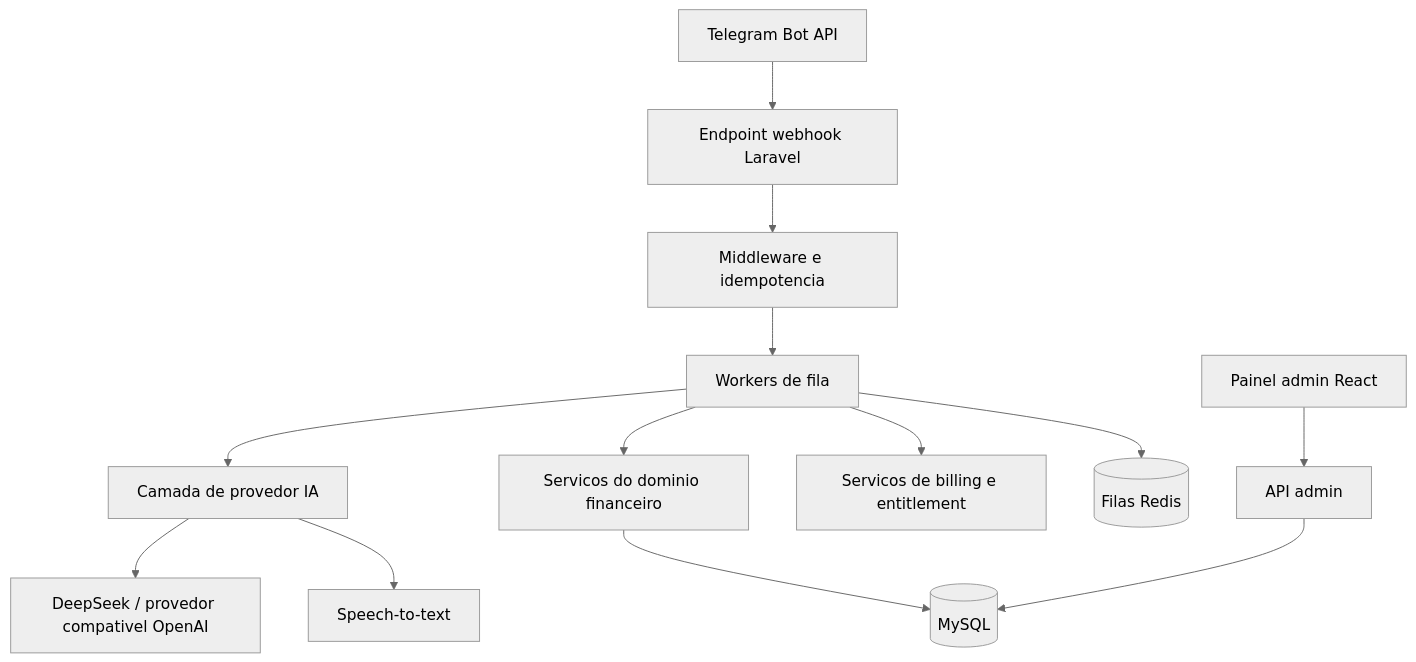
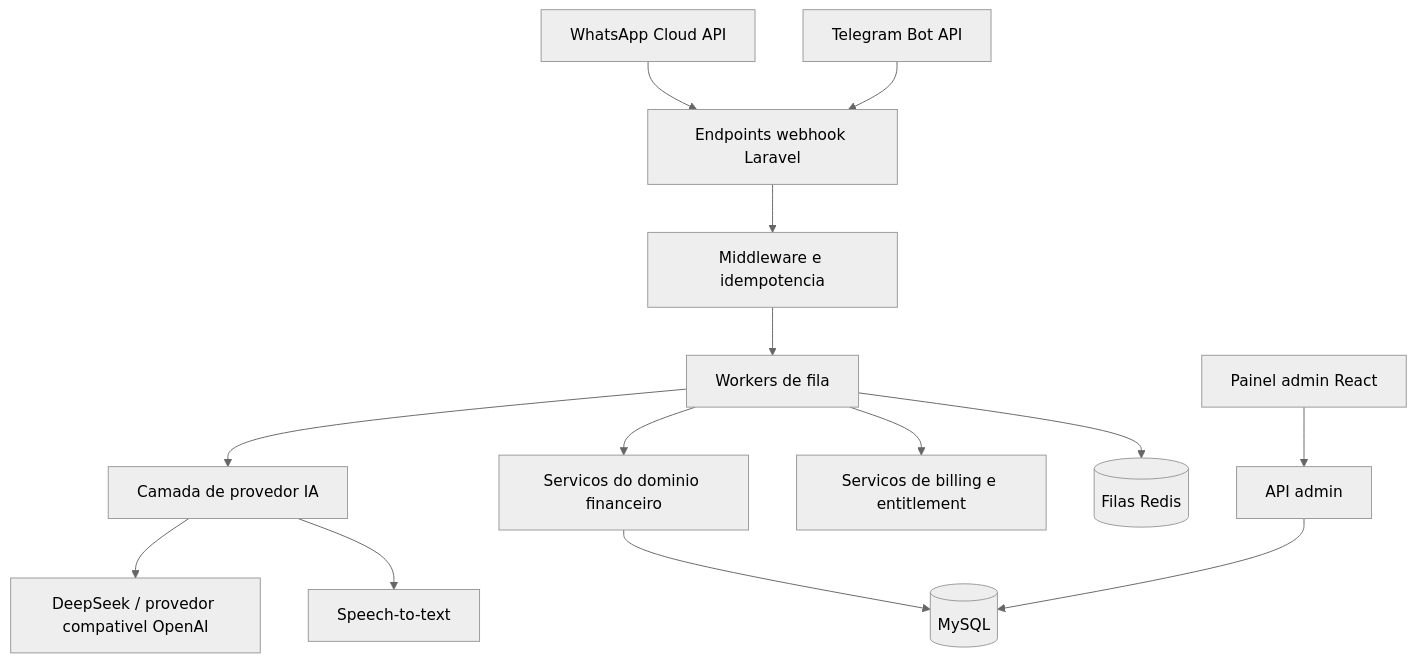
Before and after one commit to filpe19/finance-ai-case-study: the second of 2 diagrams in README.md, drawn with Mermaid (neutral theme). The commit also changed other lines of this file, not shown here.

Commit message:
docs: rebrand to Nix and document WhatsApp channel

````diff
--- a/README.md
+++ b/README.md
@@ -43,17 +45,18 @@
 ```mermaid
 flowchart TB
-    A[Telegram Bot API] --> B[Endpoint webhook Laravel]
+    A[WhatsApp Cloud API] --> B[Endpoints webhook Laravel]
+    A2[Telegram Bot API] --> B
     B --> C[Middleware e idempotencia]
     C --> D[Workers de fila]
     D --> E[Camada de provedor IA]
     D --> F[Servicos do dominio financeiro]
     D --> G[Servicos de billing e entitlement]
     F --> H[(MySQL)]
     D --> I[(Filas Redis)]
 
     J[Painel admin React] --> K[API admin]
     K --> H
 
     E --> L[DeepSeek / provedor compativel OpenAI]
     E --> M[Speech-to-text]
 ```
````
